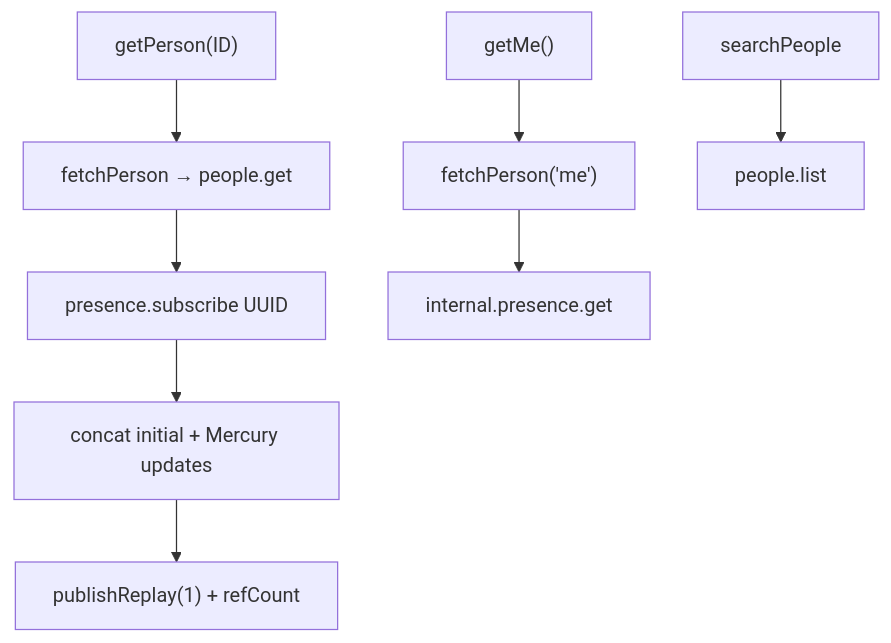
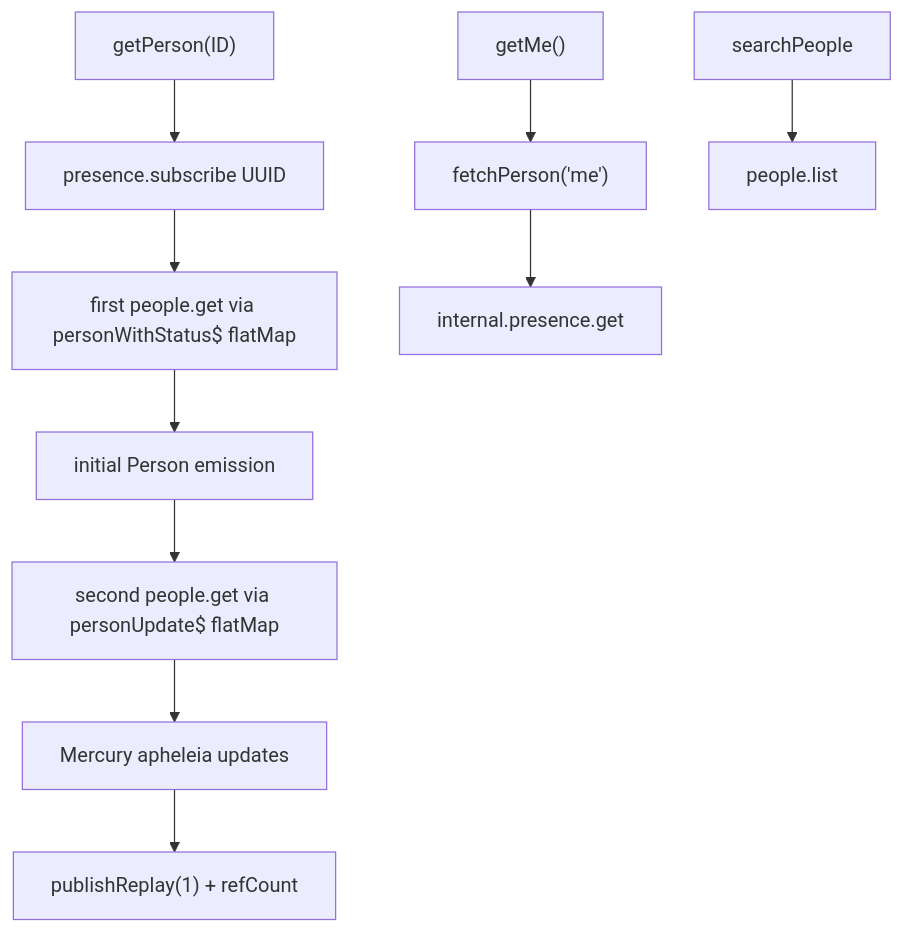
One commit to webex/sdk-component-adapter changed the first of 5 diagrams in src/ai-docs/people-sdk-adapter-spec.md. Above: the diagram before and after it, drawn with Mermaid. The commit also changed 7 other files, not shown here.

````diff
--- a/src/ai-docs/people-sdk-adapter-spec.md
+++ b/src/ai-docs/people-sdk-adapter-spec.md
@@ -109,10 +109,12 @@
 ```mermaid
 flowchart TD
-  getPerson["getPerson(ID)"] --> fetch["fetchPerson → people.get"]
-  fetch --> aph["presence.subscribe UUID"]
-  aph --> concat["concat initial + Mercury updates"]
-  concat --> pr["publishReplay(1) + refCount"]
+  getPerson["getPerson(ID)"] --> aph["presence.subscribe UUID"]
+  aph --> fetch1["first people.get via personWithStatus$ flatMap"]
+  fetch1 --> emit1["initial Person emission"]
+  emit1 --> fetch2["second people.get via personUpdate$ flatMap"]
+  fetch2 --> mercury["Mercury apheleia updates"]
+  mercury --> pr["publishReplay(1) + refCount"]
   getMe["getMe()"] --> meFetch["fetchPerson('me')"]
   meFetch --> presGet["internal.presence.get"]
   search["searchPeople"] --> list["people.list"]
 ```
````
